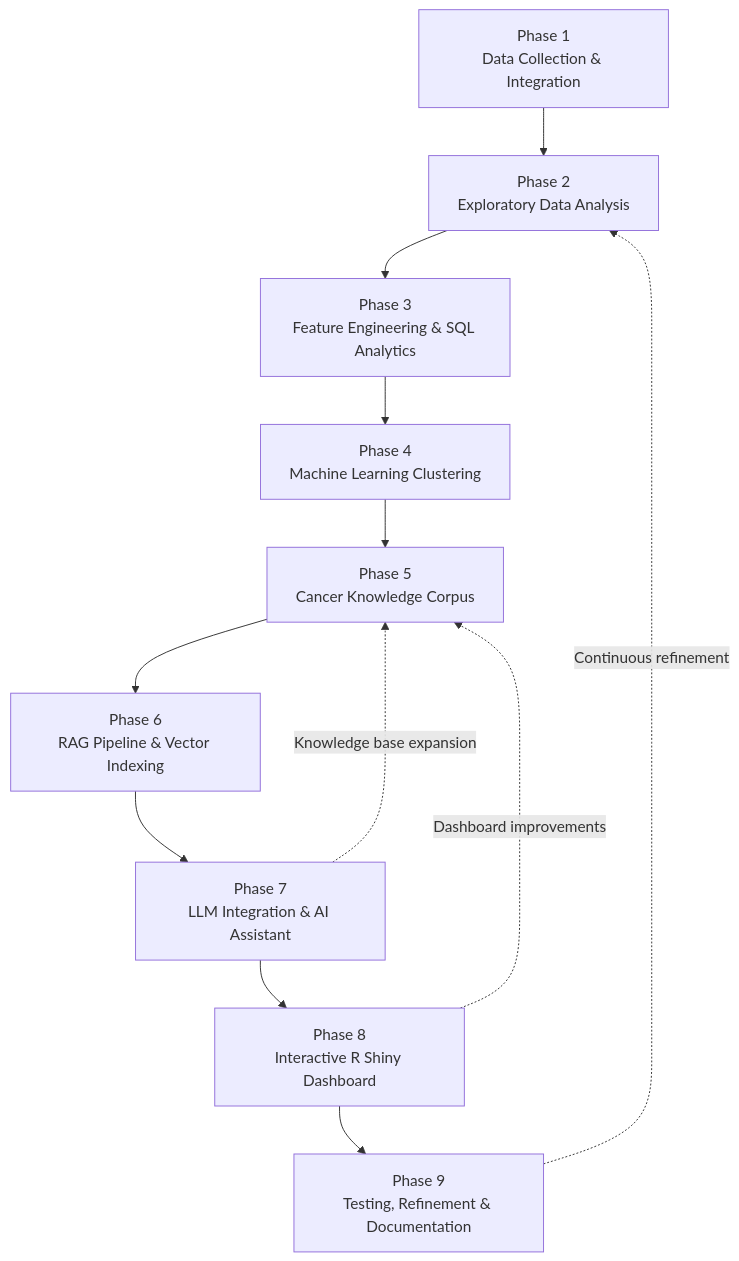
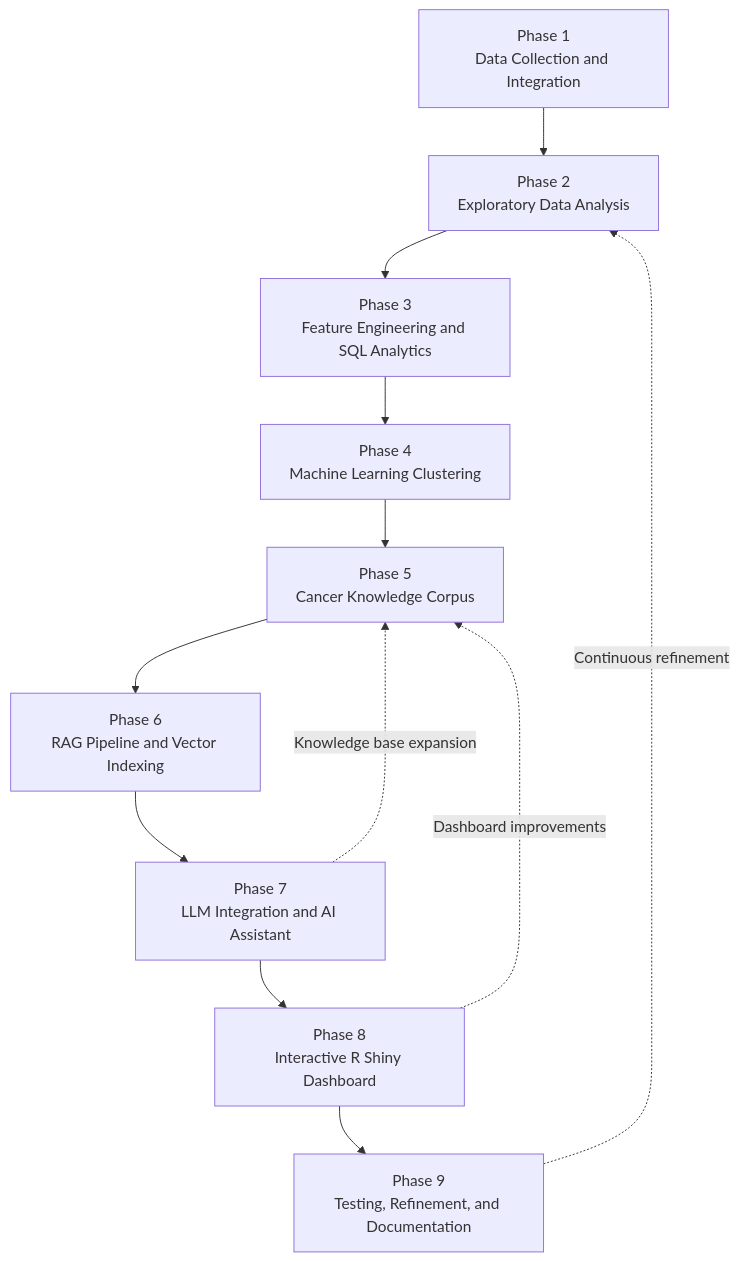
One commit to dhansiv-stack/capstone-cancer-burden-analysis changed the diagram in README.md. Above: the diagram before and after it, drawn with Mermaid.

````diff
--- a/README.md
+++ b/README.md
@@ -75,18 +75,18 @@
 ```mermaid
 flowchart TD
-    A[Phase 1<br/>Data Collection & Integration]
-    B[Phase 2<br/>Exploratory Data Analysis]
-    C[Phase 3<br/>Feature Engineering & SQL Analytics]
-    D[Phase 4<br/>Machine Learning Clustering]
-    E[Phase 5<br/>Cancer Knowledge Corpus]
-    F[Phase 6<br/>RAG Pipeline & Vector Indexing]
-    G[Phase 7<br/>LLM Integration & AI Assistant]
-    H[Phase 8<br/>Interactive R Shiny Dashboard]
-    I[Phase 9<br/>Testing, Refinement & Documentation]
+    A["Phase 1<br>Data Collection and Integration"]
+    B["Phase 2<br>Exploratory Data Analysis"]
+    C["Phase 3<br>Feature Engineering and SQL Analytics"]
+    D["Phase 4<br>Machine Learning Clustering"]
+    E["Phase 5<br>Cancer Knowledge Corpus"]
+    F["Phase 6<br>RAG Pipeline and Vector Indexing"]
+    G["Phase 7<br>LLM Integration and AI Assistant"]
+    H["Phase 8<br>Interactive R Shiny Dashboard"]
+    I["Phase 9<br>Testing, Refinement, and Documentation"]
 
     A --> B --> C --> D --> E --> F --> G --> H --> I
 
-    I -. Continuous refinement .-> B
-    H -. Dashboard improvements .-> E
-    G -. Knowledge base expansion .-> E
+    I -. "Continuous refinement" .-> B
+    H -. "Dashboard improvements" .-> E
+    G -. "Knowledge base expansion" .-> E
 ```
````
